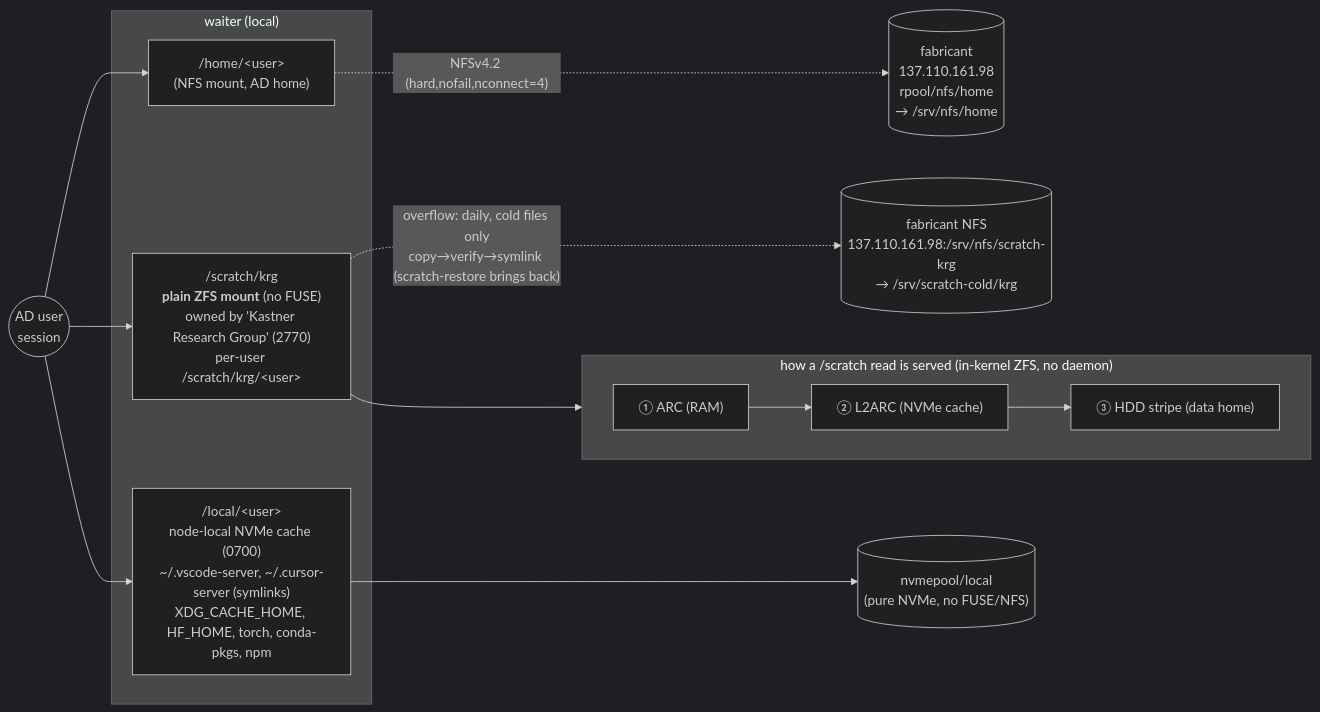
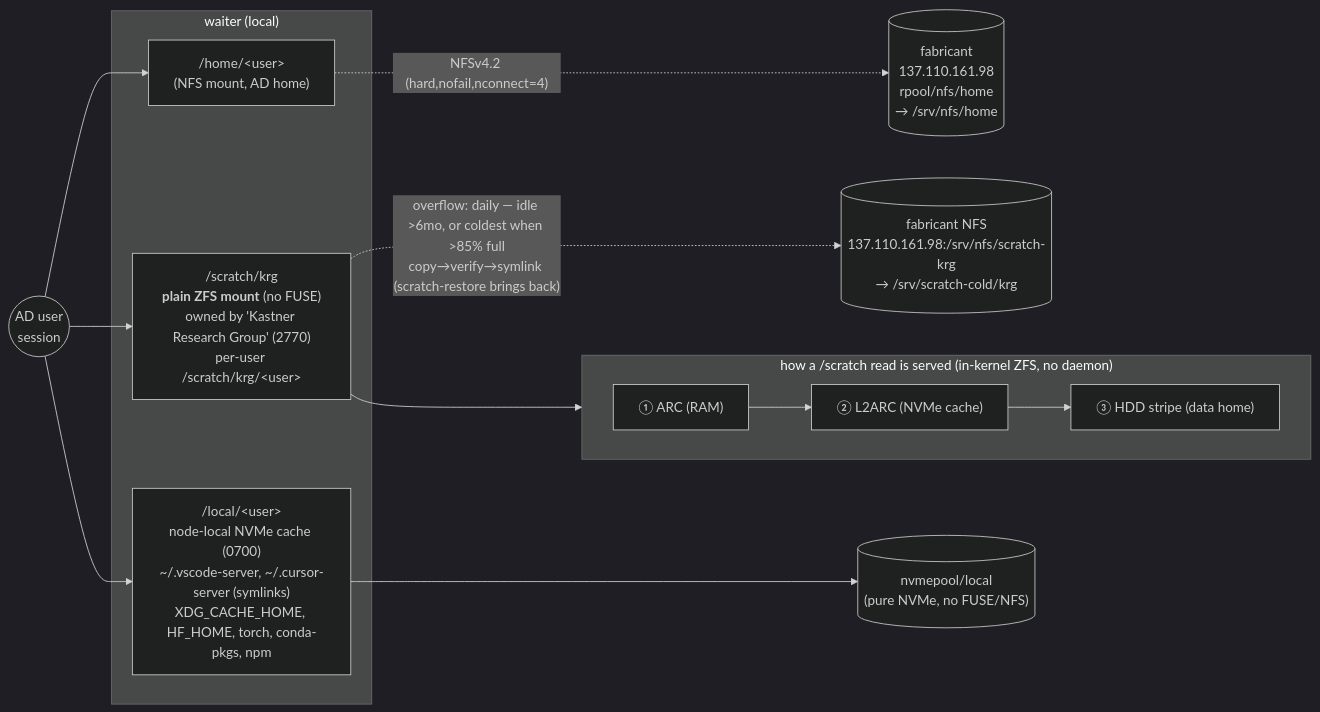
One commit to KastnerRG/krg-nixos-flakes changed the second of 3 diagrams in docs/waiter-topology.md. Above: the diagram before and after it, drawn with Mermaid (dark theme). The commit also changed other lines of this file and 5 other files, not shown here.

First line of the commit message:
feat(waiter): scratch TTL overflow — demote files idle >6mo to NFS

````diff
--- a/docs/waiter-topology.md
+++ b/docs/waiter-topology.md
@@ -117,28 +117,28 @@
 ```mermaid
 flowchart LR
   user(("AD user<br/>session"))
 
   subgraph waiter["waiter (local)"]
     home["/home/&lt;user&gt;<br/>(NFS mount, AD home)"]
     scratch["/scratch/krg<br/><b>plain ZFS mount</b> (no FUSE)<br/>owned by 'Kastner Research Group' (2770)<br/>per-user /scratch/krg/&lt;user&gt;"]
     local["/local/&lt;user&gt;<br/>node-local NVMe cache (0700)<br/>~/.vscode-server, ~/.cursor-server (symlinks)<br/>XDG_CACHE_HOME, HF_HOME, torch, conda-pkgs, npm"]
   end
 
   subgraph readpath["how a /scratch read is served (in-kernel ZFS, no daemon)"]
     direction LR
     r1["① ARC (RAM)"]
     r2["② L2ARC (NVMe cache)"]
     r3["③ HDD stripe (data home)"]
     r1 --> r2 --> r3
   end
 
   user --> home
   user --> scratch
   user --> local
 
   scratch --> readpath
 
-  scratch -.->|"overflow: daily, cold files only<br/>copy→verify→symlink (scratch-restore brings back)"| cold[("fabricant NFS<br/>137.110.161.98:/srv/nfs/scratch-krg<br/>→ /srv/scratch-cold/krg")]
+  scratch -.->|"overflow: daily — idle &gt;6mo, or coldest when &gt;85% full<br/>copy→verify→symlink (scratch-restore brings back)"| cold[("fabricant NFS<br/>137.110.161.98:/srv/nfs/scratch-krg<br/>→ /srv/scratch-cold/krg")]
   home -.->|"NFSv4.2 (hard,nofail,nconnect=4)"| fab[("fabricant<br/>137.110.161.98<br/>rpool/nfs/home<br/>→ /srv/nfs/home")]
   local --> nvl[("nvmepool/local<br/>(pure NVMe, no FUSE/NFS)")]
 ```
````
